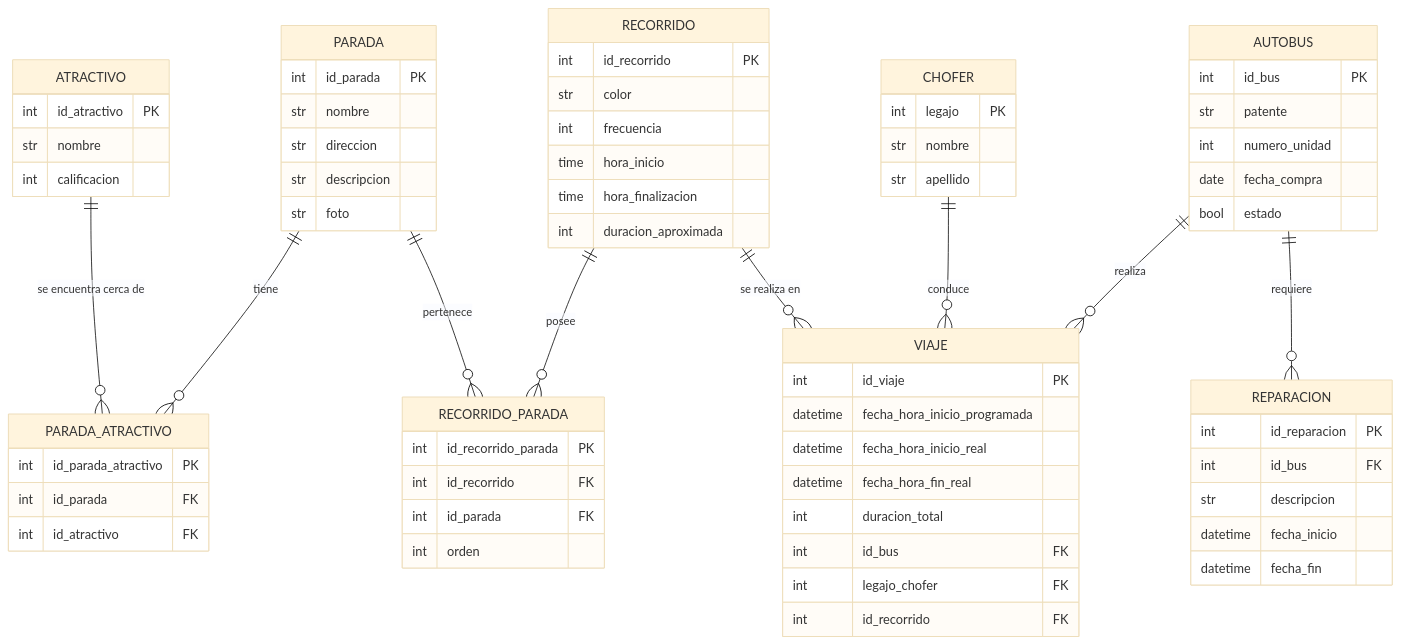
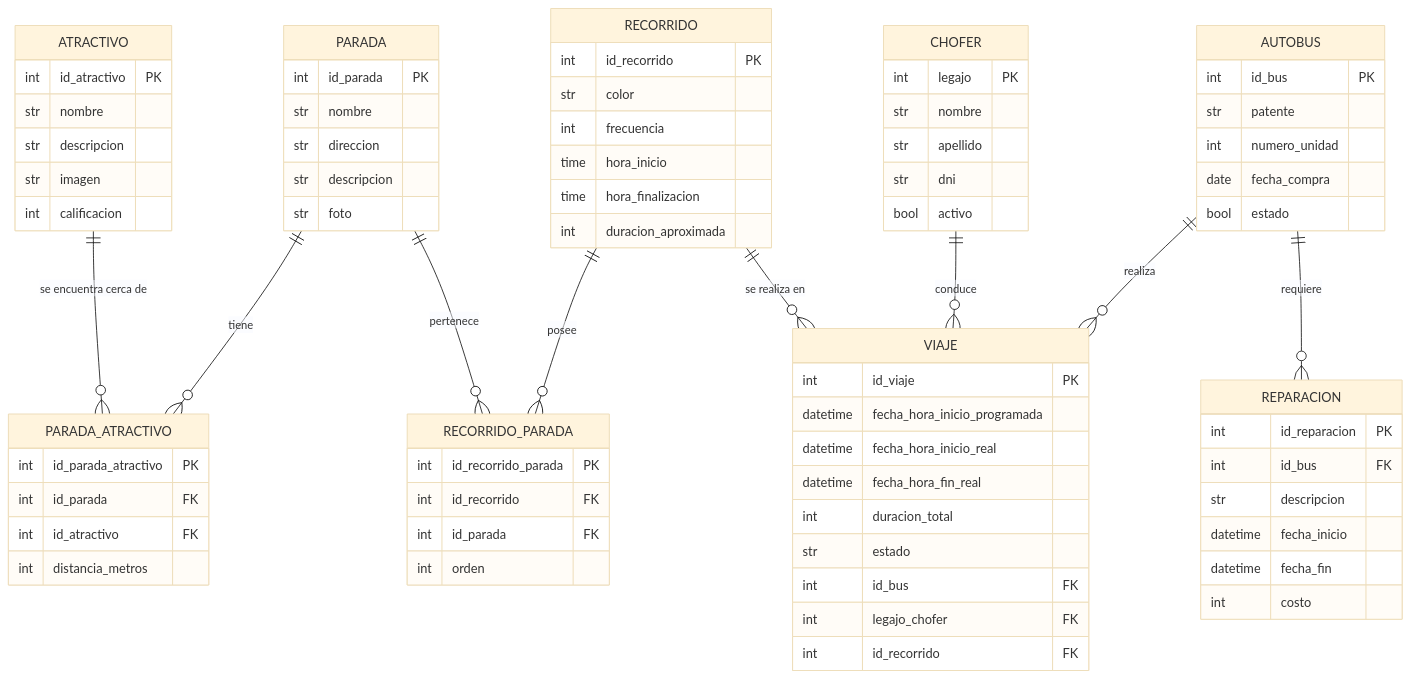
One commit to Villada-PG3/trabajo-practico-integrador-bus_turistico changed the diagram in docs/derBusTuristico.mmd. Above: the diagram before and after it, drawn with Mermaid (base theme). The commit also changed 3 other files, not shown here.

Commit message:
se actualizaron las clases en models y diagramas

```diff
--- a/docs/derBusTuristico.mmd
+++ b/docs/derBusTuristico.mmd
@@ -1,81 +1,88 @@
 erDiagram
     RECORRIDO_PARADA{
         int id_recorrido_parada PK
         int id_recorrido FK
         int id_parada FK
         int orden
     }
     
     PARADA_ATRACTIVO{
         int id_parada_atractivo PK
         int id_parada FK
         int id_atractivo FK
+        int distancia_metros
 
     }
     
     ATRACTIVO{
         int id_atractivo PK
         str nombre
+        str descripcion
+        str imagen
         int calificacion
     }
     
     PARADA{
         int id_parada PK
         str nombre
         str direccion
         str descripcion
         str foto
     }
 
     RECORRIDO{
         int id_recorrido PK
         str color
         int frecuencia
         time hora_inicio
         time hora_finalizacion
         int duracion_aproximada
     }
 
     VIAJE{
         int id_viaje PK
         datetime fecha_hora_inicio_programada
         datetime fecha_hora_inicio_real
         datetime fecha_hora_fin_real
         int duracion_total
+        str estado
         int id_bus FK
         int legajo_chofer FK
         int id_recorrido FK
     }
 
     AUTOBUS{
         int id_bus PK
         str patente
         int numero_unidad
         date fecha_compra
         bool estado
     }
     
     CHOFER{
         int legajo PK
         str nombre
         str apellido
+        str dni
+        bool activo
     }
 
     REPARACION {
         int id_reparacion PK
         int id_bus FK
         str descripcion
         datetime fecha_inicio
         datetime fecha_fin
+        int costo
     }
 
 %%RELACIONES:
 
 RECORRIDO ||--o{ RECORRIDO_PARADA : "posee"
 PARADA ||--o{ PARADA_ATRACTIVO : "tiene"
 PARADA ||--o{ RECORRIDO_PARADA : "pertenece"
 ATRACTIVO ||--o{ PARADA_ATRACTIVO : "se encuentra cerca de"
 RECORRIDO ||--o{ VIAJE : "se realiza en"
 CHOFER ||--o{ VIAJE : "conduce"
 AUTOBUS ||--o{ VIAJE : "realiza"
 AUTOBUS ||--o{ REPARACION : "requiere"
```
